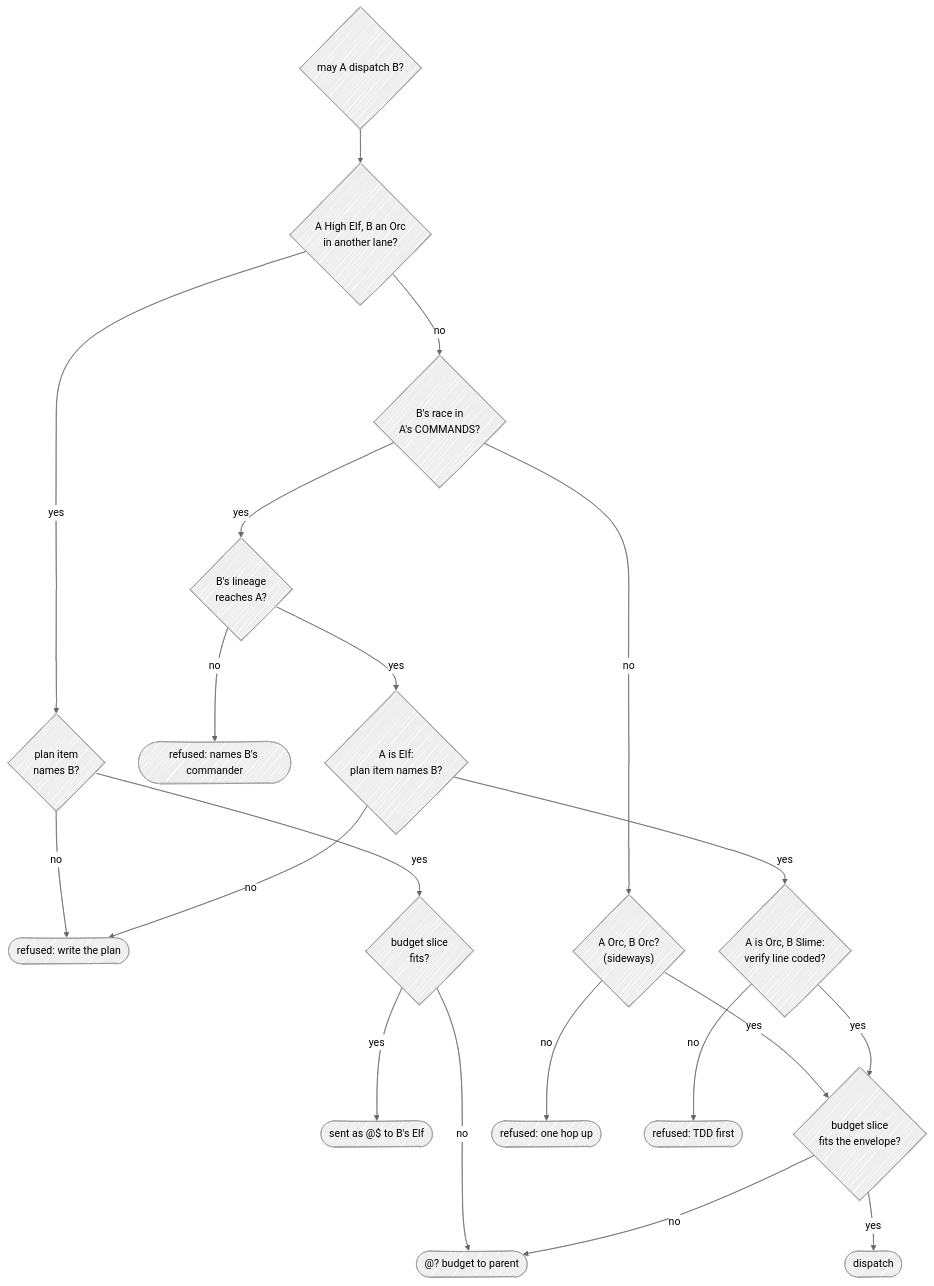
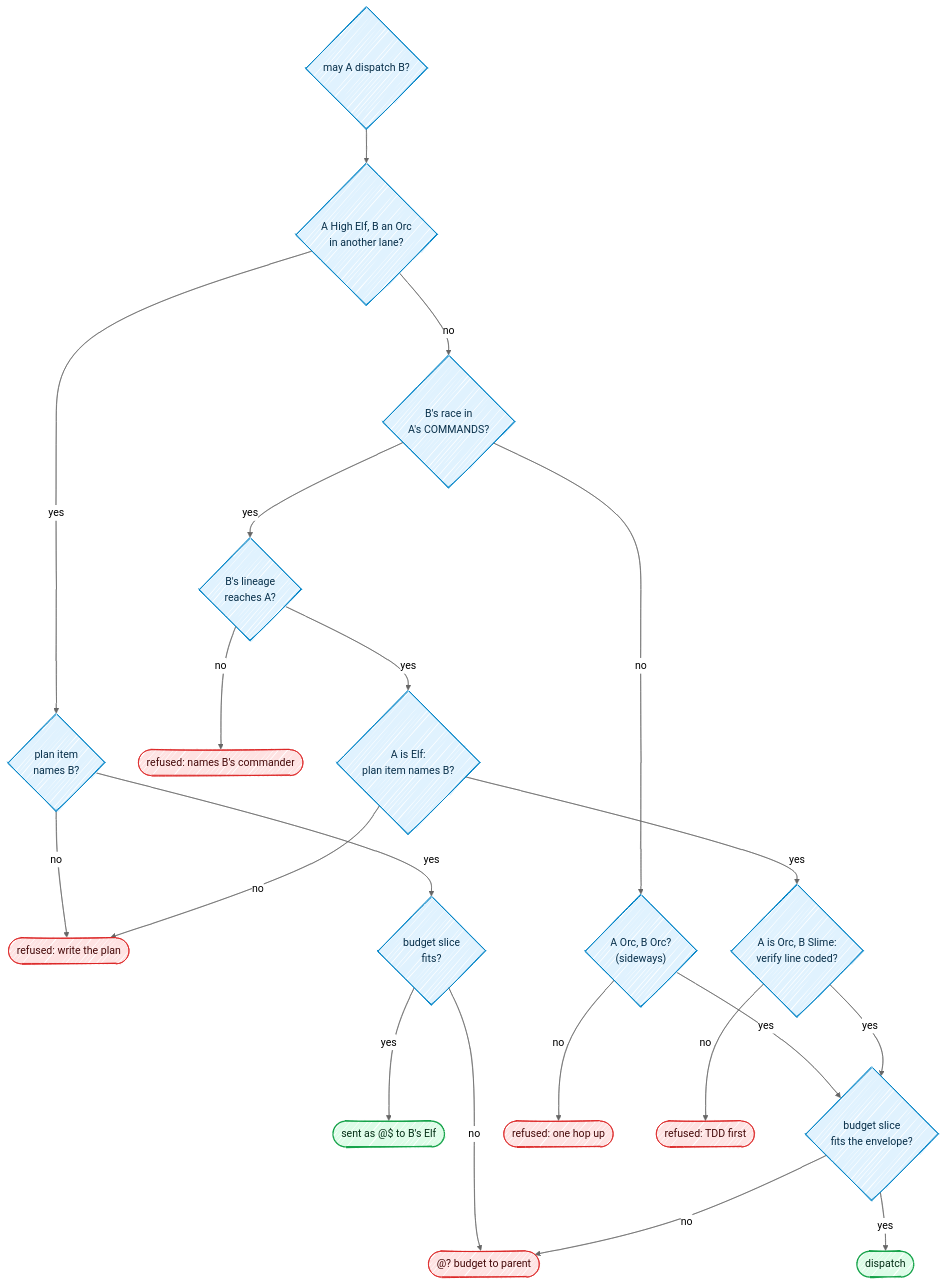
The second of 4 diagrams in docs/04-communication.md (Kaginari/mnemorph), drawn with Mermaid before and after one commit. The commit also changed other lines of this file and 9 other files, not shown here.

Commit message:
docs: colour in every diagram — one palette, a colour per race, phases in sequence diagrams, labels no longer clipped; the MCP page keeps its diagram only

````diff
--- a/docs/04-communication.md
+++ b/docs/04-communication.md
@@ -126,27 +134,35 @@
 ```mermaid
 ---
 config:
   look: handDrawn
   theme: neutral
+  flowchart:
+    wrappingWidth: 360
 ---
 flowchart TD
     Q{"may A dispatch B?"} --> C0{"A High Elf, B an Orc<br/>in another lane?"}
     C0 -- yes --> C0a{"plan item<br/>names B?"}
     C0a -- no --> NO3
     C0a -- yes --> C0b{"budget slice<br/>fits?"}
     C0b -- yes --> VIA(["sent as @$ to B's Elf"])
     C0b -- no --> NO5
     C0 -- no --> C1{"B's race in<br/>A's COMMANDS?"}
     C1 -- no --> C1b{"A Orc, B Orc?<br/>(sideways)"}
     C1b -- yes --> C5
     C1b -- no --> NO1(["refused: one hop up"])
     C1 -- yes --> C2{"B's lineage<br/>reaches A?"}
     C2 -- no --> NO2(["refused: names B's commander"])
     C2 -- yes --> C3{"A is Elf:<br/>plan item names B?"}
     C3 -- no --> NO3(["refused: write the plan"])
     C3 -- yes --> C4{"A is Orc, B Slime:<br/>verify line coded?"}
     C4 -- no --> NO4(["refused: TDD first"])
     C4 -- yes --> C5{"budget slice<br/>fits the envelope?"}
     C5 -- no --> NO5(["@? budget to parent"])
     C5 -- yes --> OK(["dispatch"])
+    classDef step fill:#e0f2fe,stroke:#0284c7,stroke-width:1.5px,color:#082f49
+    class Q,C0,C0a,C0b,C1,C1b,C2,C3,C4,C5 step
+    classDef good fill:#dcfce7,stroke:#16a34a,stroke-width:2px,color:#052e16
+    class OK,VIA good
+    classDef bad fill:#fee2e2,stroke:#dc2626,stroke-width:1.5px,color:#450a0a
+    class NO1,NO2,NO3,NO4,NO5 bad
 ```
````
